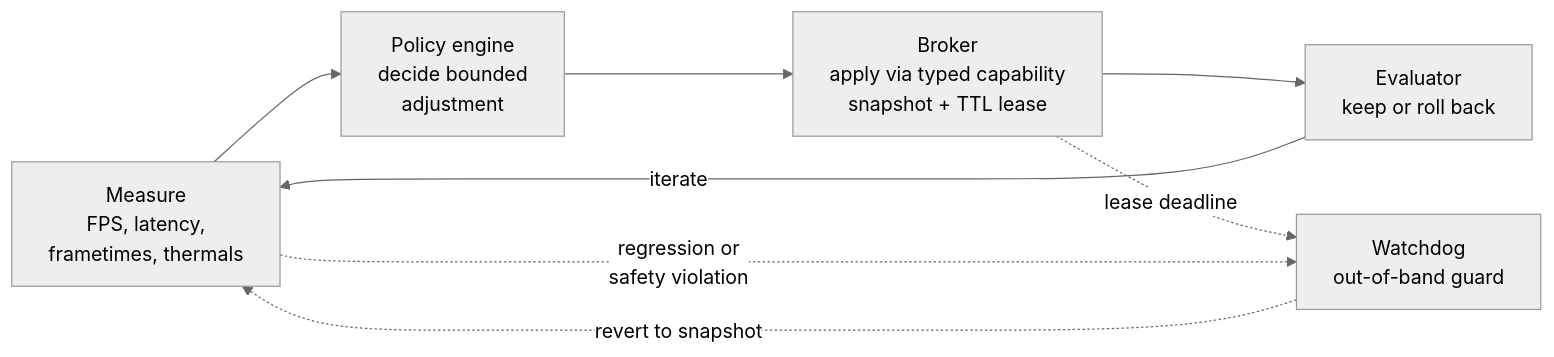
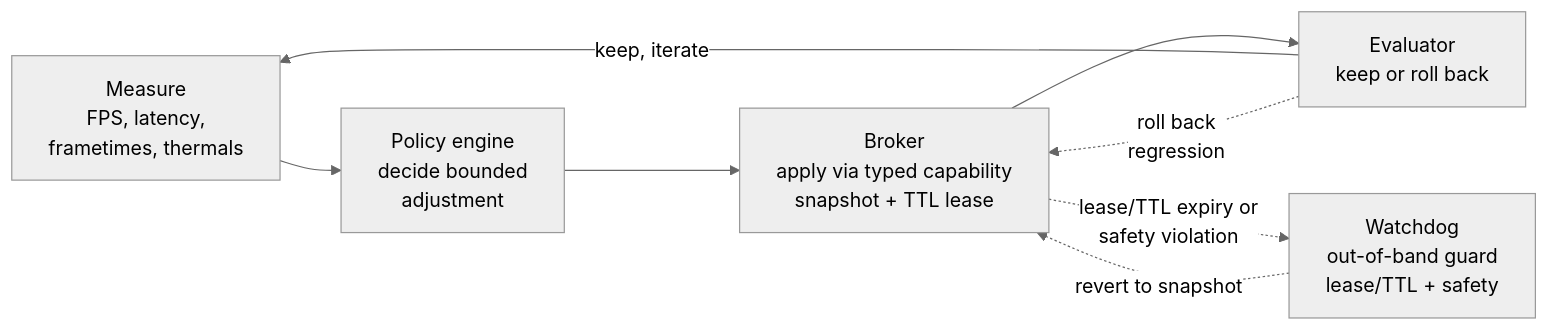
Before and after one commit to undeemed/fpsmaxxing: the diagram in README.md, drawn with Mermaid (neutral theme). The commit also changed other lines of this file, not shown here.

Commit message:
no-mistakes(review): scope watchdog to lease/safety; route reverts through broker

````diff
--- a/README.md
+++ b/README.md
@@ -15,15 +15,15 @@
 ```mermaid
 flowchart LR
     M["Measure<br/>FPS, latency,<br/>frametimes, thermals"]
     P["Policy engine<br/>decide bounded<br/>adjustment"]
     B["Broker<br/>apply via typed capability<br/>snapshot + TTL lease"]
     E["Evaluator<br/>keep or roll back"]
-    W["Watchdog<br/>out-of-band guard"]
+    W["Watchdog<br/>out-of-band guard<br/>lease/TTL + safety"]
     M --> P
     P --> B
     B --> E
-    E -->|iterate| M
-    B -.->|lease deadline| W
-    M -.->|regression or<br/>safety violation| W
-    W -.->|revert to snapshot| M
+    E -->|keep, iterate| M
+    E -.->|roll back<br/>regression| B
+    B -.->|lease/TTL expiry or<br/>safety violation| W
+    W -.->|revert to snapshot| B
 ```
````
